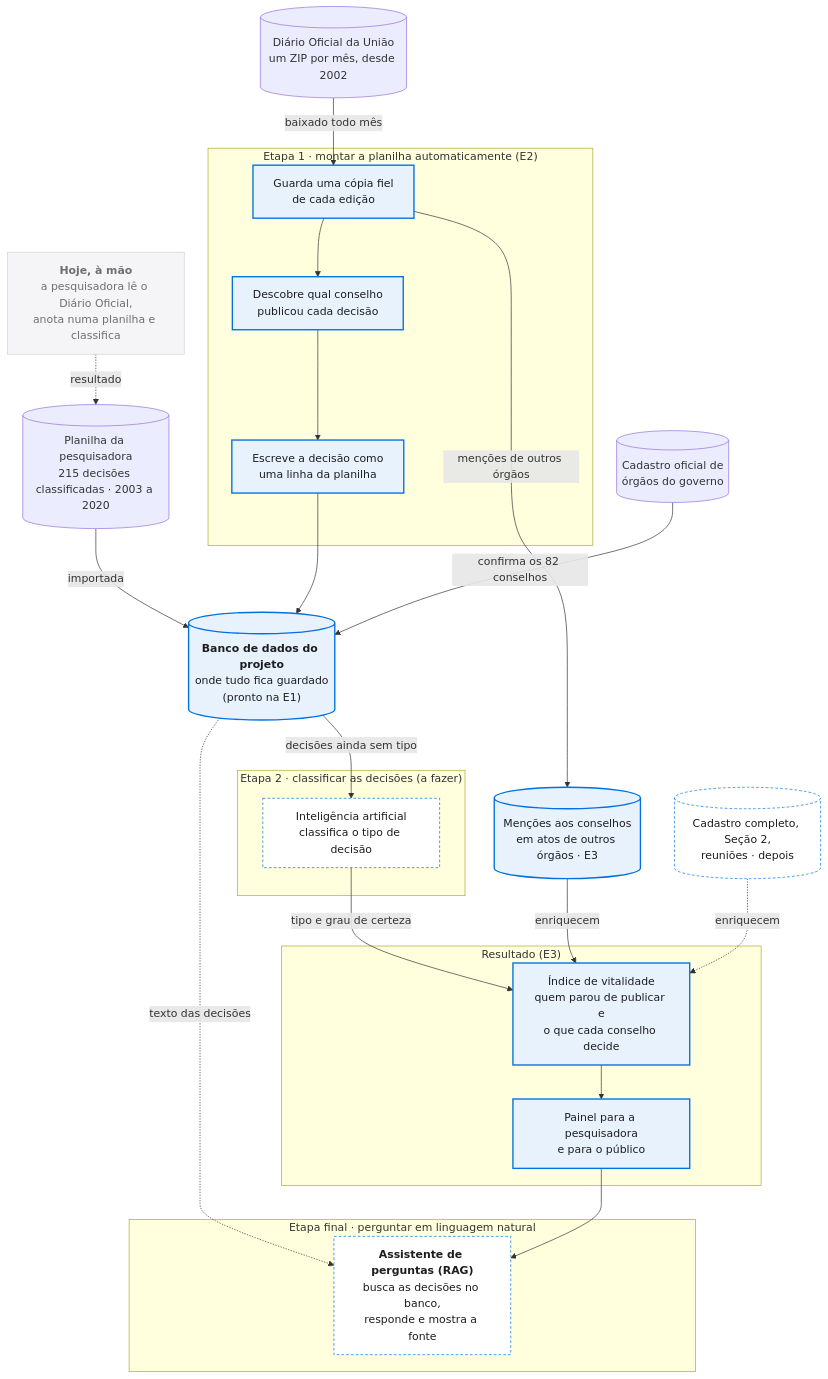
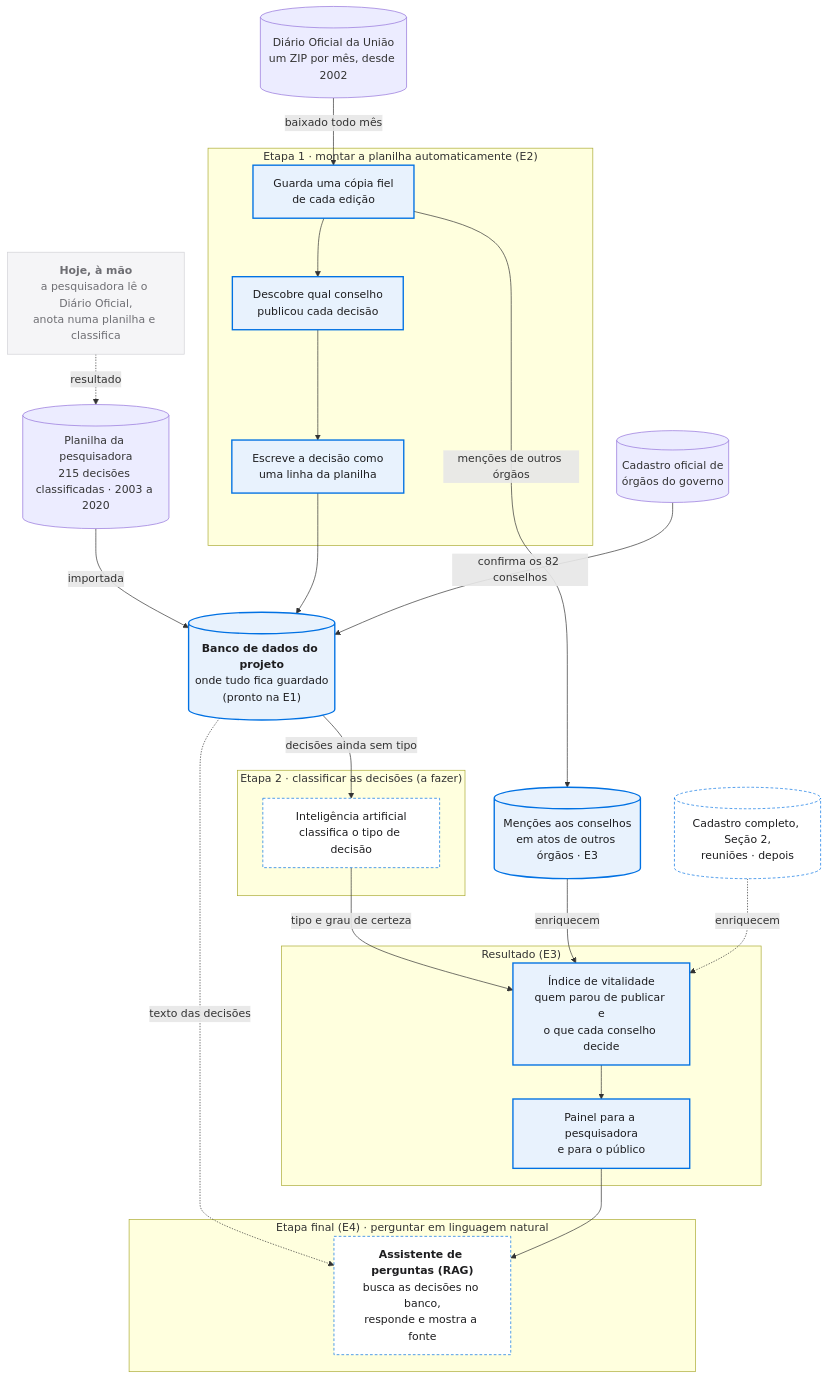
The diagram in site/jornada-do-dado.md (Luidooo/conselhos-vivos), drawn with Mermaid before and after one commit. The commit also changed other lines of this file and 4 other files, not shown here.

````diff
--- a/site/jornada-do-dado.md
+++ b/site/jornada-do-dado.md
@@ -52,45 +52,45 @@
 ```mermaid
 flowchart TB
   manual["<b>Hoje, à mão</b><br/>a pesquisadora lê o Diário Oficial,<br/>anota numa planilha e classifica"]
   manual -. "resultado" .-> xlsx[("Planilha da pesquisadora<br/>215 decisões classificadas · 2003 a 2020")]
   xlsx -- "importada" --> oltp
 
   dou[("Diário Oficial da União<br/>um ZIP por mês, desde 2002")] -- "baixado todo mês" --> bronze
 
   subgraph etapa1["Etapa 1 · montar a planilha automaticamente (E2)"]
     bronze["Guarda uma cópia fiel<br/>de cada edição"] --> conselho["Descobre qual conselho<br/>publicou cada decisão"]
     conselho --> linha["Escreve a decisão como<br/>uma linha da planilha"]
   end
 
   linha --> oltp[("<b>Banco de dados do projeto</b><br/>onde tudo fica guardado<br/>(pronto na E1)")]
   siorg[("Cadastro oficial de<br/>órgãos do governo")] -- "confirma os 82 conselhos" --> oltp
 
   subgraph etapa2["Etapa 2 · classificar as decisões (a fazer)"]
     ia["Inteligência artificial<br/>classifica o tipo de decisão"]
   end
 
   oltp -- "decisões ainda sem tipo" --> ia
   ia -- "tipo e grau de certeza" --> ind
 
   subgraph consumo["Resultado (E3)"]
     ind["Índice de vitalidade<br/>quem parou de publicar e<br/>o que cada conselho decide"] --> pub["Painel para a pesquisadora<br/>e para o público"]
   end
 
   bronze -- "menções de outros órgãos" --> extra[("Menções aos conselhos<br/>em atos de outros órgãos · E3")]
   extra -- "enriquecem" --> ind
   depois[("Cadastro completo, Seção 2,<br/>reuniões · depois")] -. "enriquecem" .-> ind
 
-  subgraph final["Etapa final · perguntar em linguagem natural"]
+  subgraph final["Etapa final (E4) · perguntar em linguagem natural"]
     rag["<b>Assistente de perguntas (RAG)</b><br/>busca as decisões no banco,<br/>responde e mostra a fonte"]
   end
 
   oltp -. "texto das decisões" .-> rag
   pub --> rag
 
   classDef manual fill:#f5f5f7,stroke:#d2d2d7,color:#6e6e73
   classDef feito fill:#e8f2fd,stroke:#0071e3,stroke-width:2px,color:#1d1d1f
   classDef proximo fill:#ffffff,stroke:#0071e3,stroke-dasharray:4 3,color:#1d1d1f
   class manual manual
   class oltp,bronze,conselho,linha,ind,pub,extra feito
   class ia,rag,depois proximo
 ```
````
